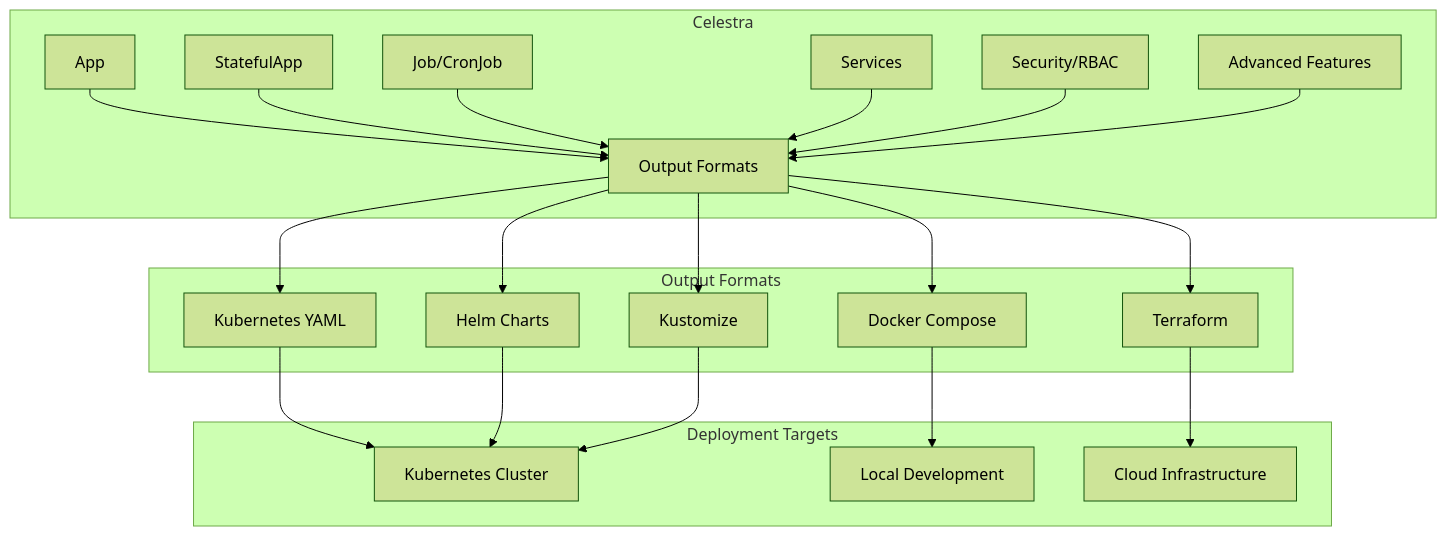
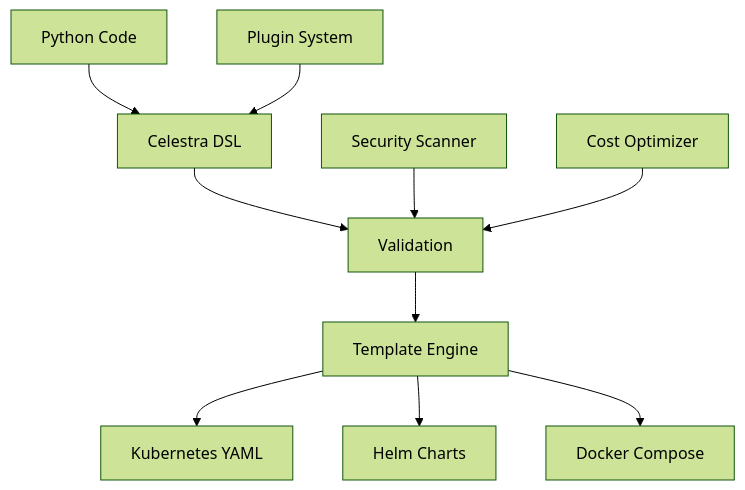
Before and after one commit to sps014/celestra: the diagram in docs/index.md, drawn with Mermaid (forest theme). The commit also changed other lines of this file and 57 other files, not shown here.

````diff
--- a/docs/index.md
+++ b/docs/index.md
@@ -87,27 +56,13 @@
 ```mermaid
 graph TB
-    subgraph "Celestra"
-        A[App] --> O[Output Formats]
-        B[StatefulApp] --> O
-        C[Job/CronJob] --> O
-        D[Services] --> O
-        E[Security/RBAC] --> O
-        F[Advanced Features] --> O
-    end
+    A[Python Code] --> B[Celestra DSL]
+    B --> C[Validation]
+    C --> D[Template Engine]
+    D --> E[Kubernetes YAML]
+    D --> F[Helm Charts]
+    D --> G[Docker Compose]
     
-    subgraph "Output Formats"
-        O --> K[Kubernetes YAML]
-        O --> H[Helm Charts]
-        O --> DC[Docker Compose]
-        O --> KZ[Kustomize]
-        O --> T[Terraform]
-    end
-    
-    subgraph "Deployment Targets"
-        K --> K8S[Kubernetes Cluster]
-        H --> K8S
-        DC --> LOCAL[Local Development]
-        KZ --> K8S
-        T --> CLOUD[Cloud Infrastructure]
-    end
+    H[Plugin System] --> B
+    I[Security Scanner] --> C
+    J[Cost Optimizer] --> C
 ```
````
